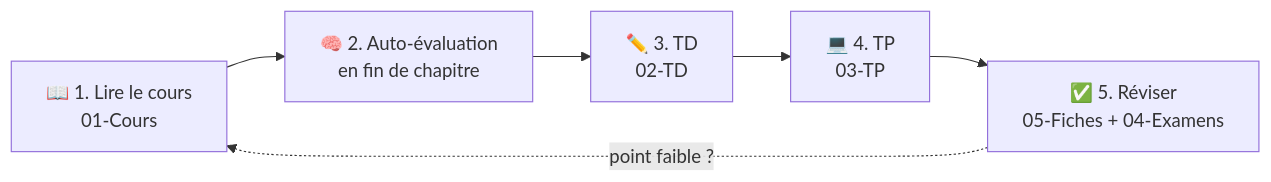
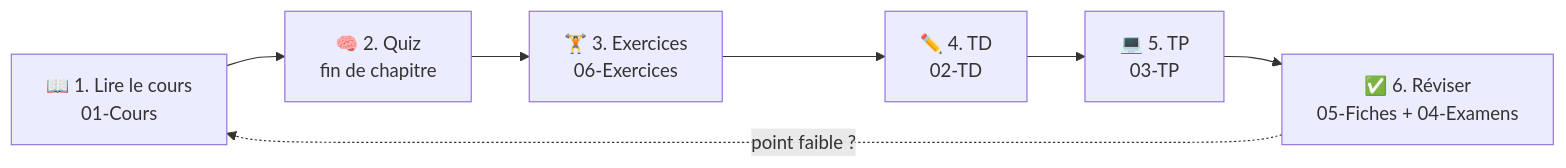
One commit to oumar5/POO changed the diagram in README.md. Above: the diagram before and after it, drawn with Mermaid. The commit also changed other lines of this file and 44 other files, not shown here.

````diff
--- a/README.md
+++ b/README.md
@@ -7,8 +7,9 @@
 ```mermaid
 flowchart LR
-    C["📖 1. Lire le cours<br/>01-Cours"] --> Q["🧠 2. Auto-évaluation<br/>en fin de chapitre"]
-    Q --> T["✏️ 3. TD<br/>02-TD"]
-    T --> P["💻 4. TP<br/>03-TP"]
-    P --> R["✅ 5. Réviser<br/>05-Fiches + 04-Examens"]
+    C["📖 1. Lire le cours<br/>01-Cours"] --> Q["🧠 2. Quiz<br/>fin de chapitre"]
+    Q --> X["🏋️ 3. Exercices<br/>06-Exercices"]
+    X --> T["✏️ 4. TD<br/>02-TD"]
+    T --> P["💻 5. TP<br/>03-TP"]
+    P --> R["✅ 6. Réviser<br/>05-Fiches + 04-Examens"]
     R -. "point faible ?" .-> C
 ```
````
